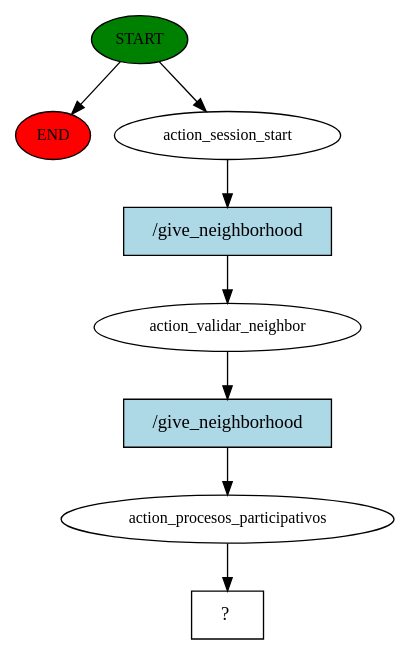
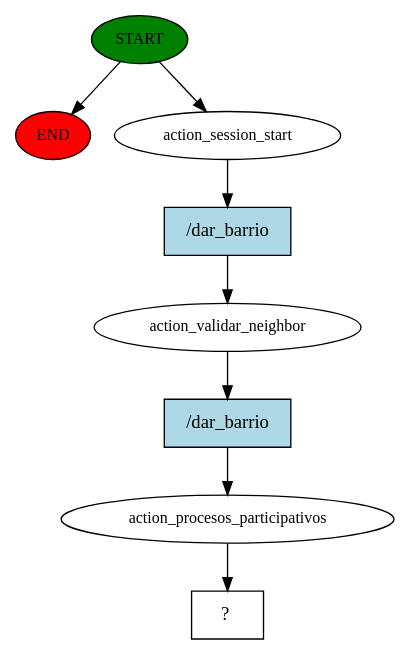
One commit to victor1404/TFG-VICTOR changed the diagram in story_graph.dot. Above: the diagram before and after it, drawn with Graphviz. The commit also changed 28 other files, not shown here.

```diff
--- a/story_graph.dot
+++ b/story_graph.dot
@@ -1,17 +1,17 @@
 digraph  {
 0 [class="start active", fillcolor=green, fontsize=12, label=START, style=filled];
 "-1" [class=end, fillcolor=red, fontsize=12, label=END, style=filled];
 1 [class=active, fontsize=12, label=action_session_start];
 2 [class=active, fontsize=12, label=action_validar_neighbor];
 3 [class=active, fontsize=12, label=action_procesos_participativos];
 4 [class="intent dashed active", label="  ?  ", shape=rect];
-5 [class="intent active", fillcolor=lightblue, label="/give_neighborhood", shape=rect, style=filled];
-6 [class="intent active", fillcolor=lightblue, label="/give_neighborhood", shape=rect, style=filled];
+5 [class="intent active", fillcolor=lightblue, label="/dar_barrio", shape=rect, style=filled];
+6 [class="intent active", fillcolor=lightblue, label="/dar_barrio", shape=rect, style=filled];
 0 -> "-1"  [class="", key=NONE, label=""];
 0 -> 1  [class=active, key=NONE, label=""];
 1 -> 5  [class=active, key=0];
 2 -> 6  [class=active, key=0];
 3 -> 4  [class=active, key=NONE, label=""];
 5 -> 2  [class=active, key=0];
 6 -> 3  [class=active, key=0];
 }
```
